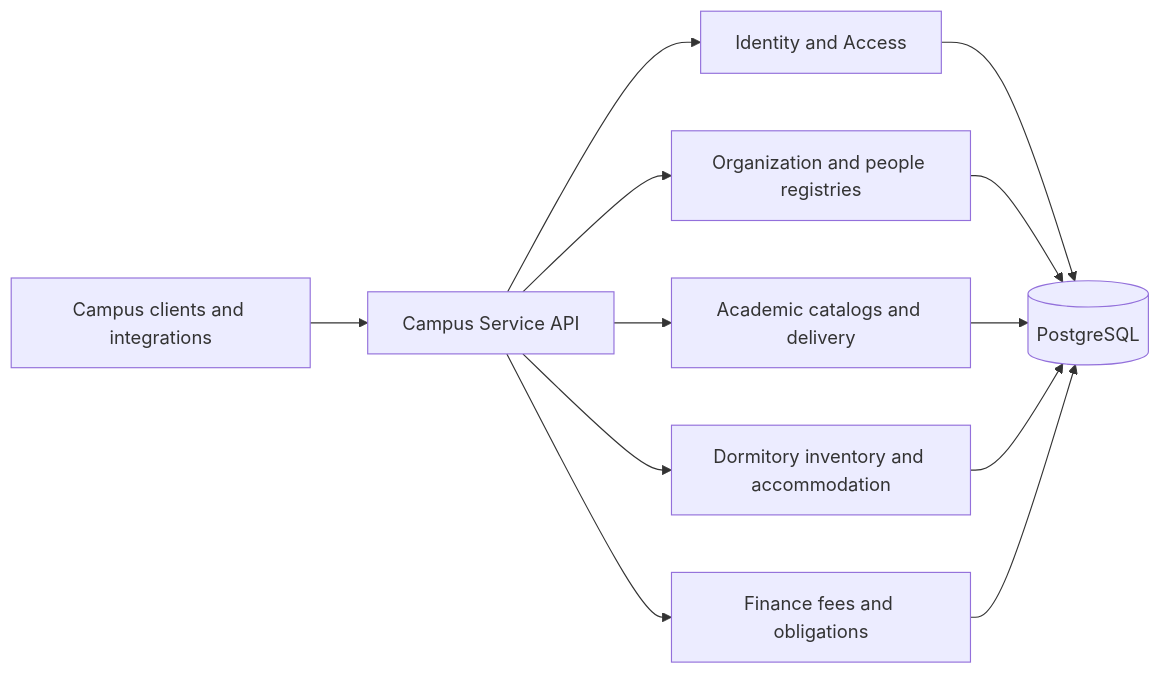
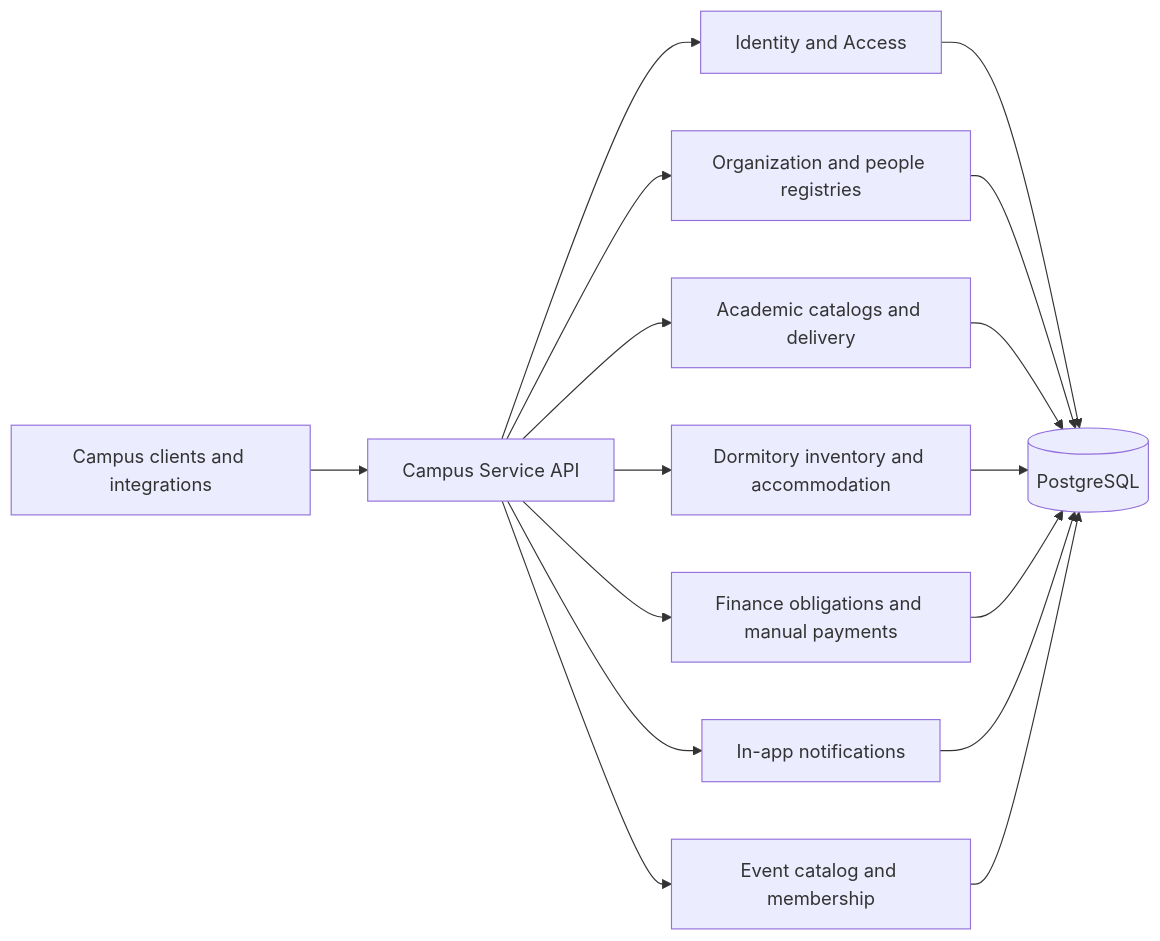
One commit to cdanh11/campus-service changed the first of 2 diagrams in docs/architecture.md. Above: the diagram before and after it, drawn with Mermaid. The commit also changed other lines of this file and 10 other files, not shown here.

````diff
--- a/docs/architecture.md
+++ b/docs/architecture.md
@@ -13,14 +13,18 @@
 ```mermaid
 flowchart LR
     Client[Campus clients and integrations] --> API[Campus Service API]
     API --> IAM[Identity and Access]
     API --> Registry[Organization and people registries]
     API --> Academic[Academic catalogs and delivery]
     API --> Dormitory[Dormitory inventory and accommodation]
-    API --> Finance[Finance fees and obligations]
+    API --> Finance[Finance obligations and manual payments]
+    API --> Notification[In-app notifications]
+    API --> Event[Event catalog and membership]
     IAM --> DB[(PostgreSQL)]
     Registry --> DB
     Academic --> DB
     Dormitory --> DB
     Finance --> DB
+    Notification --> DB
+    Event --> DB
 ```
````
